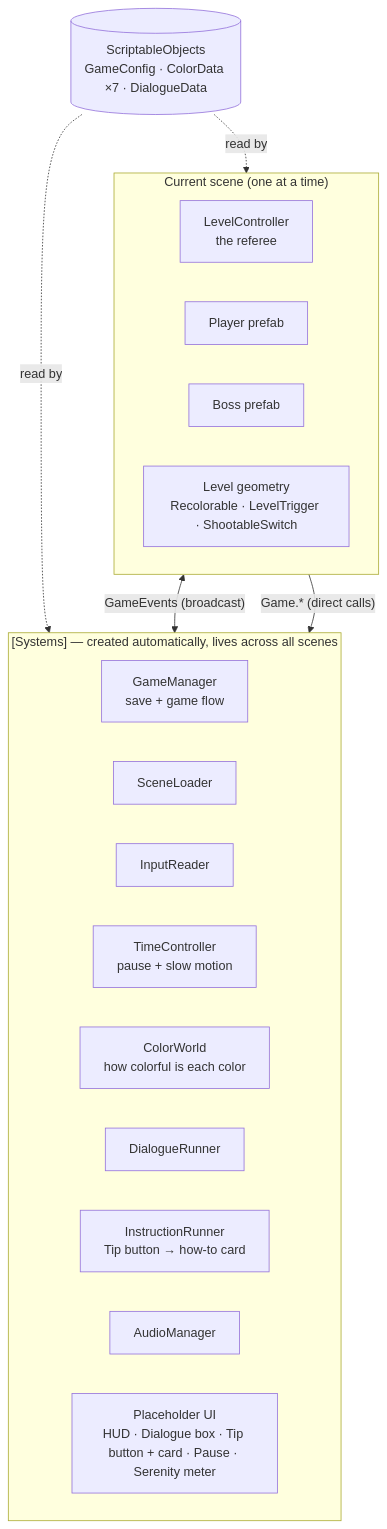
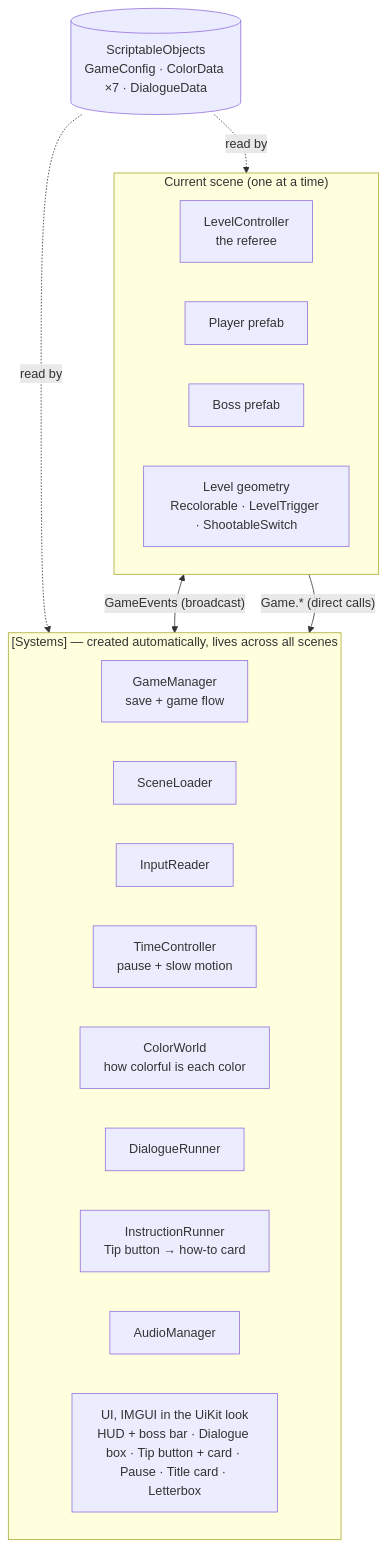
Before and after one commit to Waldron-Wang/Roygbiv_GameJam: the first of 3 diagrams in ARCHITECTURE.md, drawn with Mermaid. The commit also changed other lines of this file and 10 other files, not shown here.

````diff
--- a/ARCHITECTURE.md
+++ b/ARCHITECTURE.md
@@ -13,28 +13,28 @@
 ```mermaid
 flowchart TB
     subgraph Persistent["[Systems] — created automatically, lives across all scenes"]
         GM[GameManager<br/>save + game flow]
         SL[SceneLoader]
         IR[InputReader]
         TC[TimeController<br/>pause + slow motion]
         CW[ColorWorld<br/>how colorful is each color]
         DR[DialogueRunner]
         IN[InstructionRunner<br/>Tip button → how-to card]
         AM[AudioManager]
-        UI[Placeholder UI<br/>HUD · Dialogue box · Tip button + card · Pause · Serenity meter]
+        UI[UI, IMGUI in the UiKit look<br/>HUD + boss bar · Dialogue box · Tip button + card · Pause · Title card · Letterbox]
     end
 
     subgraph Scene["Current scene (one at a time)"]
         LC[LevelController<br/>the referee]
         P[Player prefab]
         B[Boss prefab]
         ENV[Level geometry<br/>Recolorable · LevelTrigger · ShootableSwitch]
     end
 
     DATA[(ScriptableObjects<br/>GameConfig · ColorData ×7 · DialogueData)]
 
     DATA -. read by .-> Persistent
     DATA -. read by .-> Scene
     Scene <-- "GameEvents (broadcast)" --> Persistent
     Scene -- "Game.* (direct calls)" --> Persistent
 ```
````
